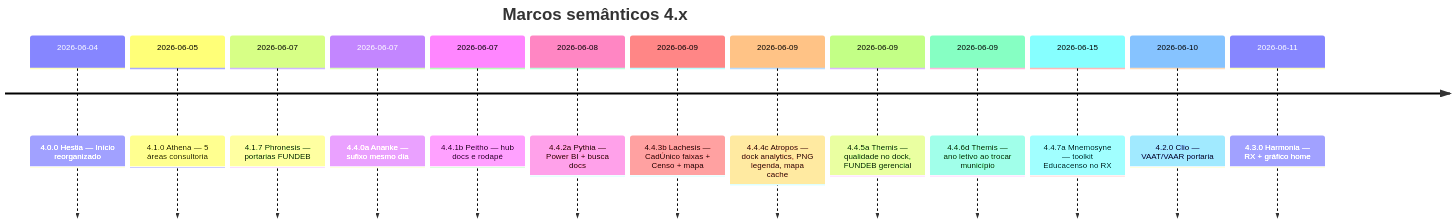
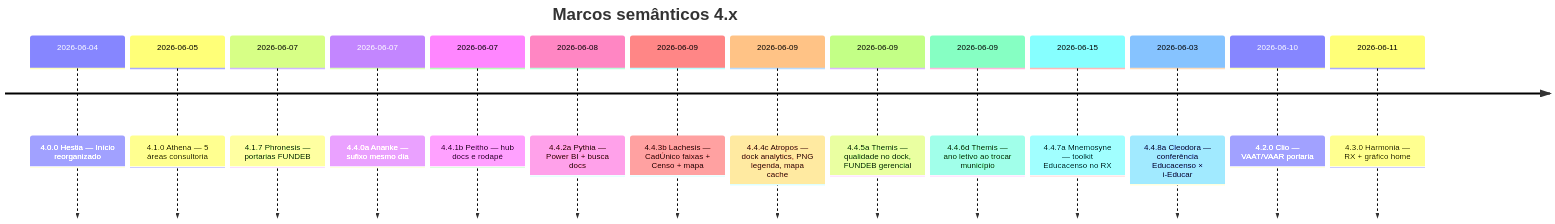
The diagram in docs/HISTORICO_VERSOES.md (JaderGabriel/serventec-servlitcys), drawn with Mermaid before and after one commit. The commit also changed other lines of this file and 26 other files, not shown here.

First line of the commit message:
feat(censo): conferência Educacenso 1ª etapa — v4.4.8 Cleodora.

````diff
--- a/docs/HISTORICO_VERSOES.md
+++ b/docs/HISTORICO_VERSOES.md
@@ -19,17 +19,18 @@
 ```mermaid
 timeline
     title Marcos semânticos 4.x
     2026-06-04 : 4.0.0 Hestia — Início reorganizado
     2026-06-05 : 4.1.0 Athena — 5 áreas consultoria
     2026-06-07 : 4.1.7 Phronesis — portarias FUNDEB
     2026-06-07 : 4.4.0a Ananke — sufixo mesmo dia
     2026-06-07 : 4.4.1b Peitho — hub docs e rodapé
     2026-06-08 : 4.4.2a Pythia — Power BI + busca docs
     2026-06-09 : 4.4.3b Lachesis — CadÚnico faixas + Censo + mapa
     2026-06-09 : 4.4.4c Atropos — dock analytics, PNG legenda, mapa cache
     2026-06-09 : 4.4.5a Themis — qualidade no dock, FUNDEB gerencial
     2026-06-09 : 4.4.6d Themis — ano letivo ao trocar município
     2026-06-15 : 4.4.7a Mnemosyne — toolkit Educacenso no RX
+    2026-06-03 : 4.4.8a Cleodora — conferência Educacenso × i-Educar
     2026-06-10 : 4.2.0 Clio — VAAT/VAAR portaria
     2026-06-11 : 4.3.0 Harmonia — RX + gráfico home
 ```
````
